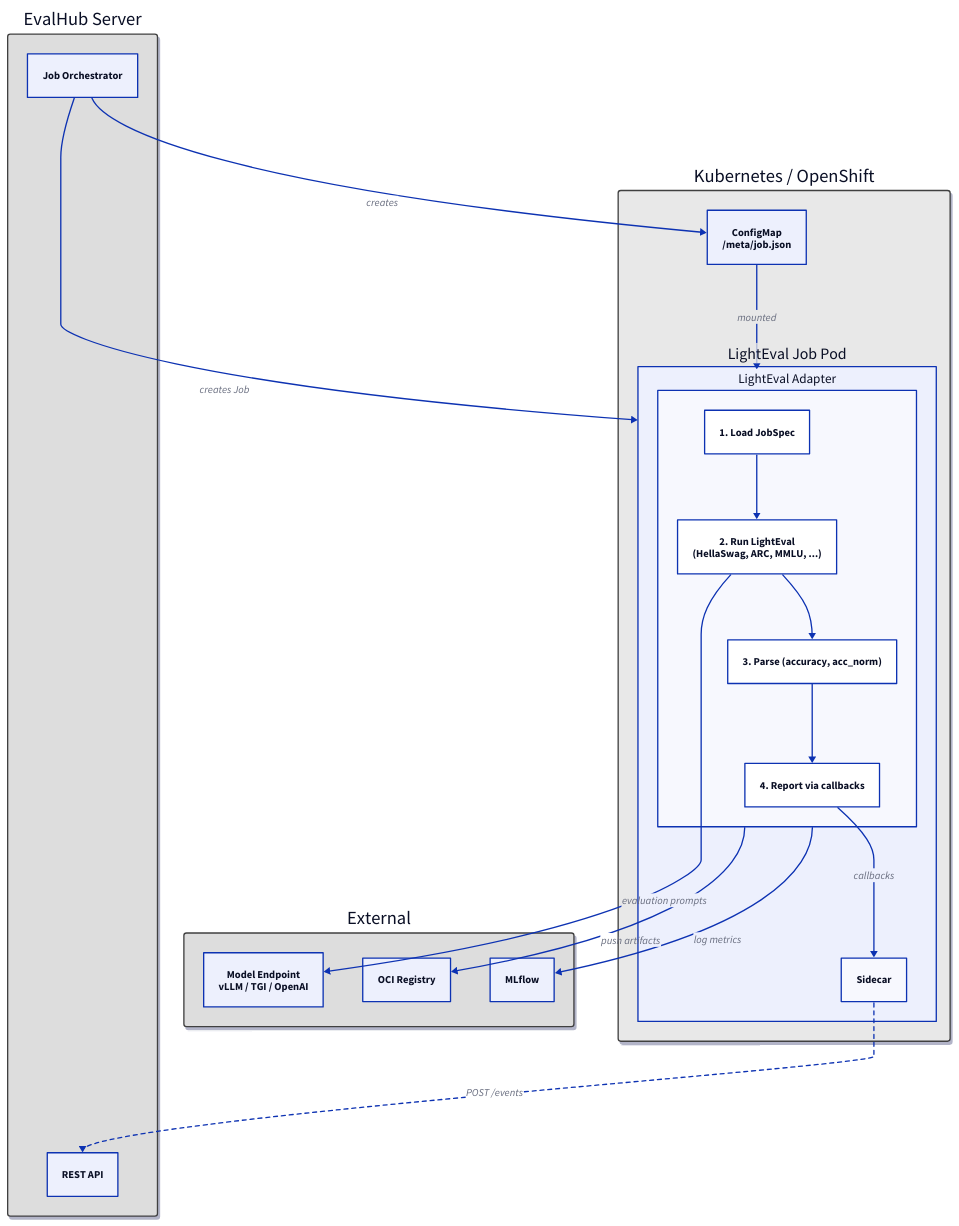
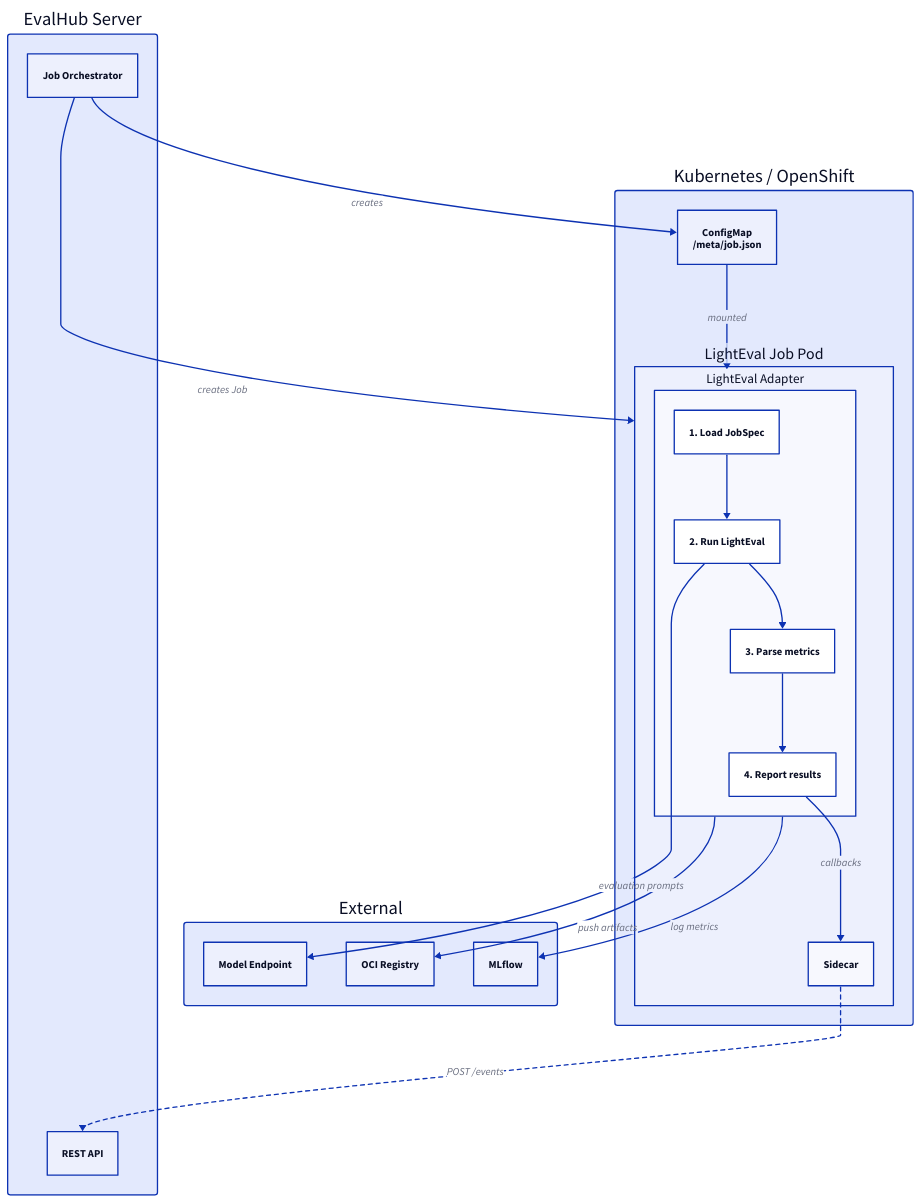
One commit to ruivieira/eval-hub.github.io changed the diagram in diagrams/lighteval-architecture.d2. Above: the diagram before and after it, drawn with D2. The commit also changed 79 other files, not shown here.

```diff
--- a/diagrams/lighteval-architecture.d2
+++ b/diagrams/lighteval-architecture.d2
@@ -1,54 +1,46 @@
 # LightEval adapter architecture
 direction: down
 
-*.style.shadow: true
-*.style.stroke: "#404040"
-*.style.fill: "#f5f5f5"
 *.style.border-radius: 4
 
-evalhub: "EvalHub Server" {
-  style.fill: "#ddd"
+evalhub: EvalHub Server {
   direction: right
-  api: "REST API"
-  orch: "Job Orchestrator"
+  api: REST API
+  orch: Job Orchestrator
 }
 
 k8s: "Kubernetes / OpenShift" {
-  style.fill: "#e8e8e8"
   direction: right
-
   cm: "ConfigMap\n/meta/job.json"
-  pod: "LightEval Job Pod" {
-    adapter: "LightEval Adapter" {
+  pod: LightEval Job Pod {
+    adapter: LightEval Adapter {
       load: "1. Load JobSpec"
-      run: "2. Run LightEval\n(HellaSwag, ARC, MMLU, ...)"
-      parse: "3. Parse (accuracy, acc_norm)"
-      report: "4. Report via callbacks"
+      run: "2. Run LightEval"
+      parse: "3. Parse metrics"
+      report: "4. Report results"
 
       load -> run
       run -> parse
       parse -> report
     }
     sidecar: Sidecar
   }
 }
 
 external: External {
-  style.fill: "#ddd"
   direction: right
-  model: "Model Endpoint\nvLLM / TGI / OpenAI"
-  oci: "OCI Registry"
+  model: Model Endpoint
+  oci: OCI Registry
   mlflow: MLflow
 }
 
-evalhub.orch -> k8s.cm: creates { style.border-radius: 8 }
-evalhub.orch -> k8s.pod: "creates Job" { style.border-radius: 8 }
-k8s.cm -> k8s.pod.adapter: mounted { style.border-radius: 8 }
-k8s.pod.adapter.run -> external.model: "evaluation prompts" { style.border-radius: 8 }
-k8s.pod.adapter.report -> k8s.pod.sidecar: callbacks { style.border-radius: 8 }
+evalhub.orch -> k8s.cm: creates
+evalhub.orch -> k8s.pod: creates Job
+k8s.cm -> k8s.pod.adapter: mounted
+k8s.pod.adapter.run -> external.model: evaluation prompts
+k8s.pod.adapter.report -> k8s.pod.sidecar: callbacks
 k8s.pod.sidecar -> evalhub.api: "POST /events" {
   style.stroke-dash: 3
-  style.border-radius: 8
 }
-k8s.pod.adapter -> external.oci: "push artifacts" { style.border-radius: 8 }
-k8s.pod.adapter -> external.mlflow: "log metrics" { style.border-radius: 8 }
+k8s.pod.adapter -> external.oci: push artifacts
+k8s.pod.adapter -> external.mlflow: log metrics
```
